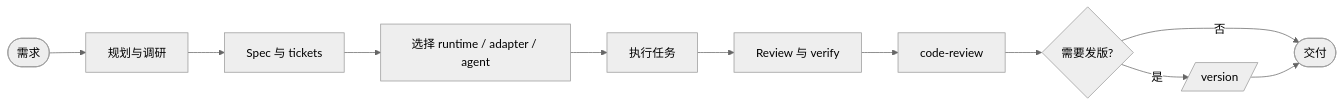
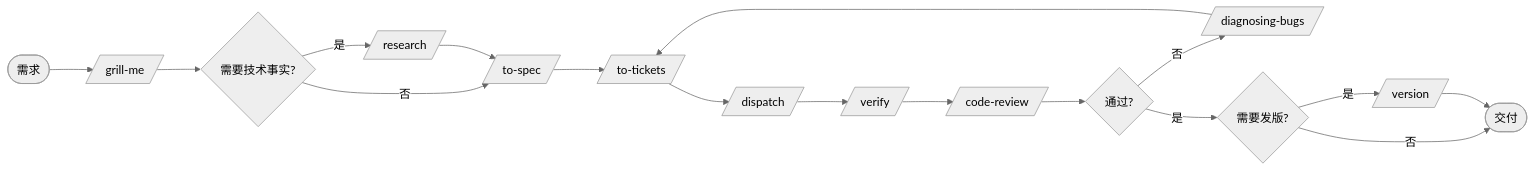
The diagram in README.md (chenliang2023/my_new_skills), drawn with Mermaid (neutral theme) before and after one commit. The commit also changed other lines of this file and 27 other files, not shown here.

````diff
--- a/README.md
+++ b/README.md
@@ -37,13 +15,19 @@
 ```mermaid
 flowchart LR
-  Need([需求]) --> Plan[规划与调研]
-  Plan --> Tickets[Spec 与 tickets]
-  Tickets --> Route[选择 runtime / adapter / agent]
-  Route --> Execute[执行任务]
-  Execute --> Quality[Review 与 verify]
-  Quality --> Review[code-review]
-  Review --> Release{需要发版?}
-  Release -->|是| Version[/version/]
-  Release -->|否| Ship([交付])
-  Version --> Ship
+  Need([需求]) --> Plan[/grill-me/]
+  Plan --> Research{需要技术事实?}
+  Research -->|是| R[/research/]
+  Research -->|否| Spec
+  R --> Spec[/to-spec/]
+  Spec --> Tickets[/to-tickets/]
+  Tickets --> Dispatch[/dispatch/]
+  Dispatch --> Verify[/verify/]
+  Verify --> Review[/code-review/]
+  Review --> OK{通过?}
+  OK -->|否| Bugs[/diagnosing-bugs/]
+  Bugs --> Tickets
+  OK -->|是| Ship{需要发版?}
+  Ship -->|是| Version[/version/]
+  Ship -->|否| Done([交付])
+  Version --> Done
 ```
````
